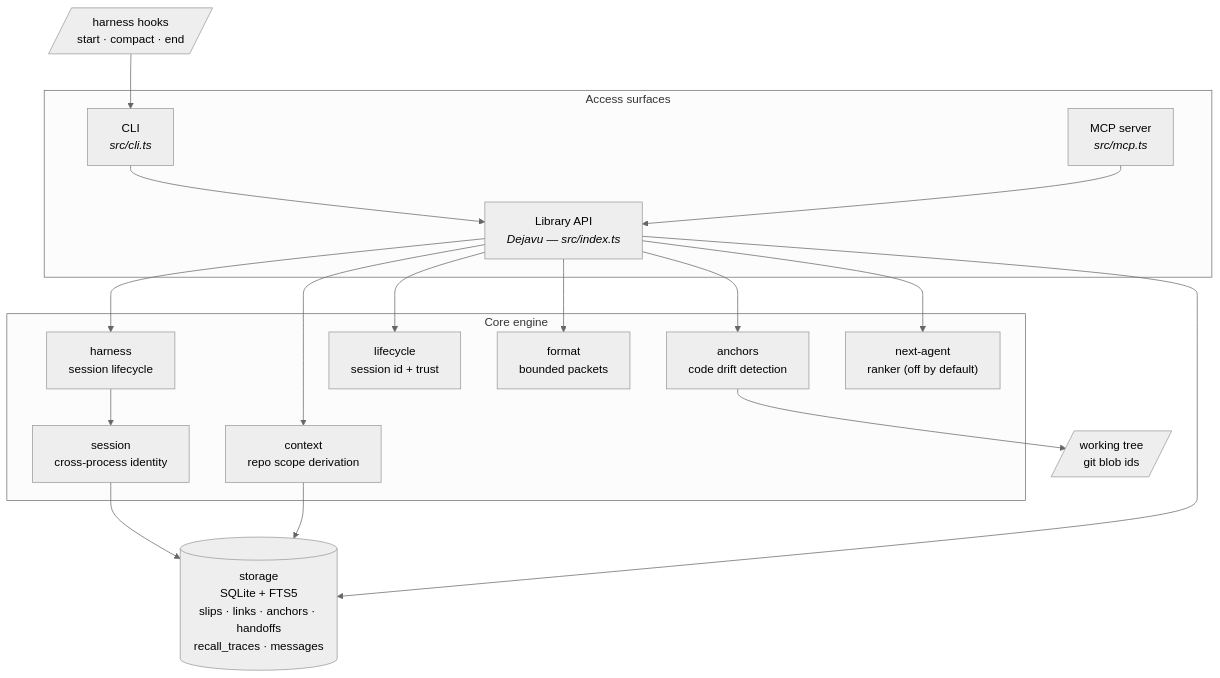
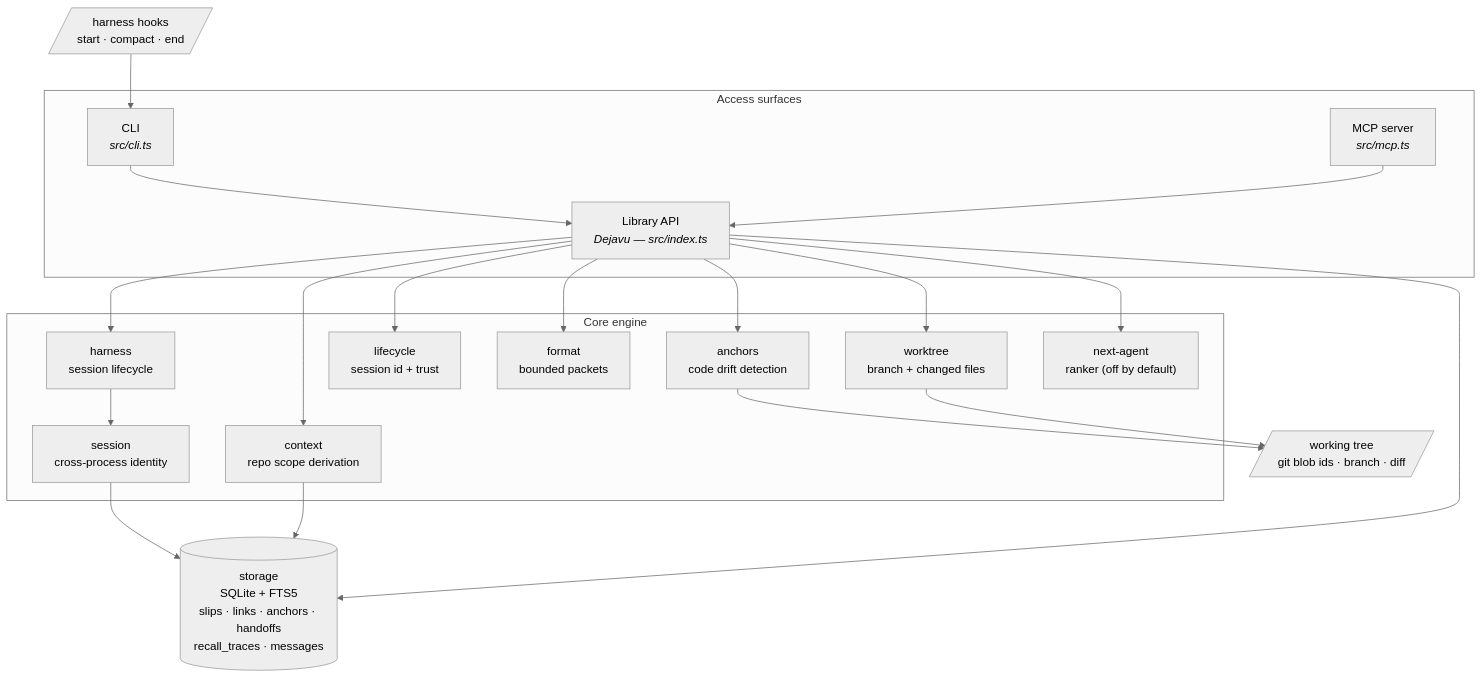
The second of 4 diagrams in README.md (sanjayrohith/Dejavu), drawn with Mermaid (neutral theme) before and after one commit. The commit also changed other lines of this file and 3 other files, not shown here.

First line of the commit message:
Document working-tree orientation

````diff
--- a/README.md
+++ b/README.md
@@ -133,36 +133,39 @@
 ```mermaid
 flowchart TB
     subgraph Access["Access surfaces"]
         CLI["CLI<br/><i>src/cli.ts</i>"]
         MCP["MCP server<br/><i>src/mcp.ts</i>"]
         LIB["Library API<br/><i>Dejavu — src/index.ts</i>"]
     end
 
     subgraph Core["Core engine"]
         CTX["context<br/>repo scope derivation"]
         LC["lifecycle<br/>session id + trust"]
         FMT["format<br/>bounded packets"]
         ANC["anchors<br/>code drift detection"]
         HAR["harness<br/>session lifecycle"]
         SES["session<br/>cross-process identity"]
+        WT["worktree<br/>branch + changed files"]
         NA["next-agent<br/>ranker (off by default)"]
     end
 
     STORE[("storage<br/>SQLite + FTS5<br/>slips · links · anchors · handoffs<br/>recall_traces · messages")]
-    TREE[/"working tree<br/>git blob ids"/]
+    TREE[/"working tree<br/>git blob ids · branch · diff"/]
 
     HOOKS[/"harness hooks<br/>start · compact · end"/] --> CLI
     CLI --> LIB
     MCP --> LIB
     LIB --> HAR
     HAR --> SES
     SES --> STORE
     LIB --> CTX
     LIB --> LC
     LIB --> FMT
     LIB --> ANC
+    LIB --> WT
     LIB --> NA
     LIB --> STORE
     CTX --> STORE
     ANC --> TREE
+    WT --> TREE
 ```
````
